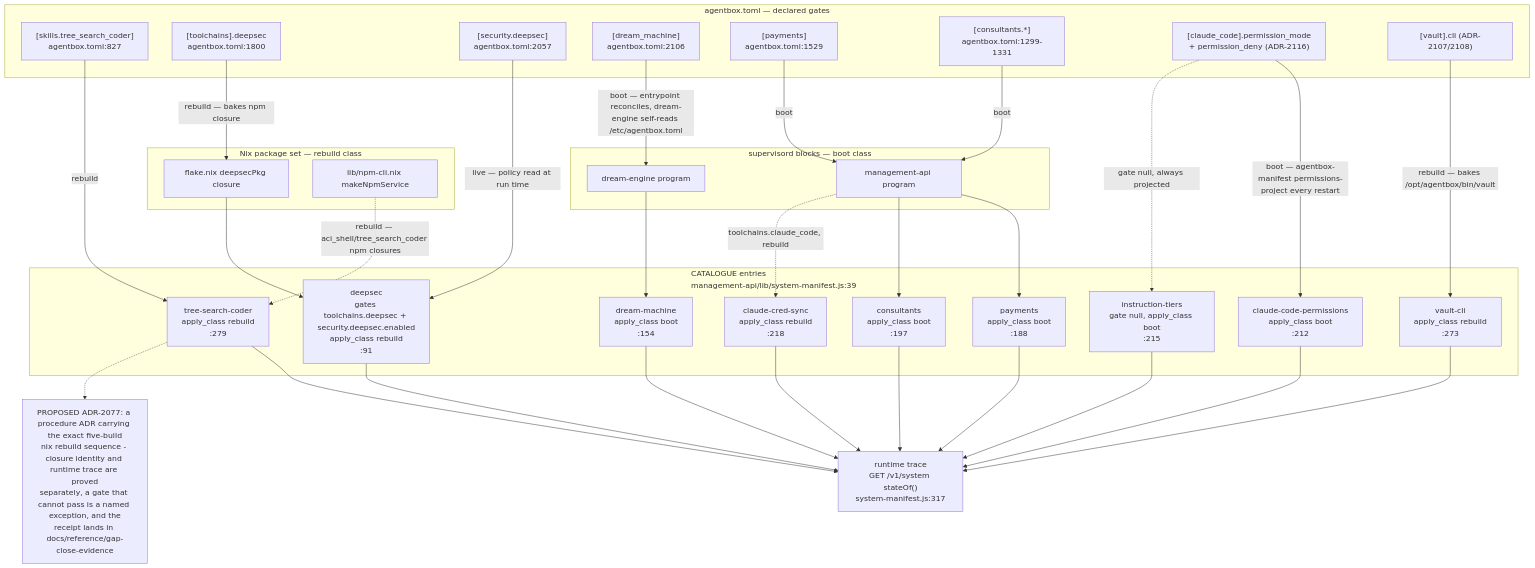
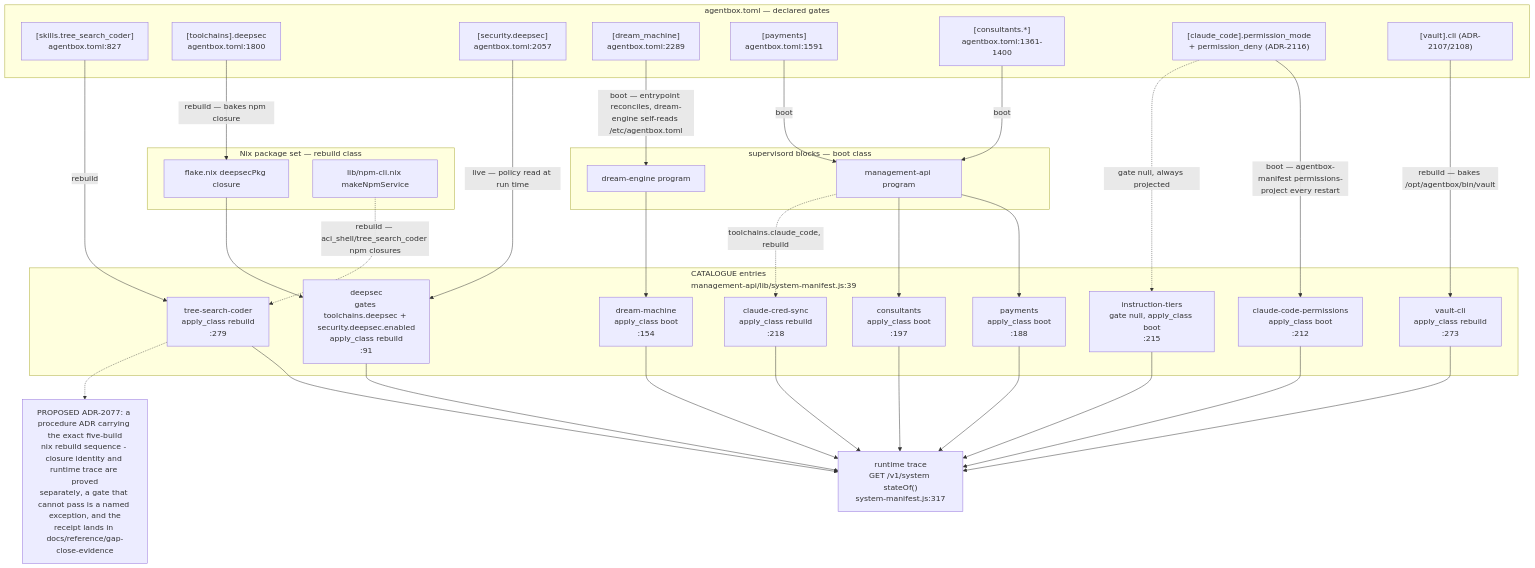
The first of 14 diagrams in docs/diagrams/agentbox/15-capability-gating-spend-consultants.md (DreamLab-AI/VisionFlow), drawn with Mermaid before and after one commit. The commit also changed other lines of this file and 111 other files, not shown here.

Commit message:
docs(diagrams): align estate maps with current source

````diff
--- a/docs/diagrams/agentbox/15-capability-gating-spend-consultants.md
+++ b/docs/diagrams/agentbox/15-capability-gating-spend-consultants.md
@@ -52,61 +52,61 @@
 ```mermaid
 flowchart TD
     subgraph M["agentbox.toml — declared gates"]
         M1["[skills.tree_search_coder]<br/>agentbox.toml:827"]
         M2["[toolchains].deepsec<br/>agentbox.toml:1800"]
         M3["[security.deepsec]<br/>agentbox.toml:2057"]
-        M4["[dream_machine]<br/>agentbox.toml:2106"]
-        M5["[payments]<br/>agentbox.toml:1529"]
-        M6["[consultants.*]<br/>agentbox.toml:1299-1331"]
+        M4["[dream_machine]<br/>agentbox.toml:2289"]
+        M5["[payments]<br/>agentbox.toml:1591"]
+        M6["[consultants.*]<br/>agentbox.toml:1361-1400"]
         M7["[claude_code].permission_mode<br/>+ permission_deny (ADR-2116)"]
         M8["[vault].cli (ADR-2107/2108)"]
     end
     subgraph N["Nix package set — rebuild class"]
         N1["flake.nix deepsecPkg closure"]
         N2["lib/npm-cli.nix makeNpmService"]
     end
     subgraph S["supervisord blocks — boot class"]
         S1["dream-engine program"]
         S2["management-api program"]
     end
     subgraph C["CATALOGUE entries<br/>management-api/lib/system-manifest.js:39"]
         C1["tree-search-coder<br/>apply_class rebuild<br/>:279"]
         C2["deepsec<br/>gates toolchains.deepsec + security.deepsec.enabled<br/>apply_class rebuild<br/>:91"]
         C3["dream-machine<br/>apply_class boot<br/>:154"]
         C4["payments<br/>apply_class boot<br/>:188"]
         C5["consultants<br/>apply_class boot<br/>:197"]
         C6["claude-code-permissions<br/>apply_class boot<br/>:212"]
         C7["instruction-tiers<br/>gate null, apply_class boot<br/>:215"]
         C8["claude-cred-sync<br/>apply_class rebuild<br/>:218"]
         C9["vault-cli<br/>apply_class rebuild<br/>:273"]
     end
     R["runtime trace<br/>GET /v1/system stateOf()<br/>system-manifest.js:317"]
 
     M1 -->|"rebuild"| C1
     M2 -->|"rebuild — bakes npm closure"| N1
     N1 --> C2
     M3 -->|"live — policy read at run time"| C2
     M4 -->|"boot — entrypoint reconciles, dream-engine self-reads /etc/agentbox.toml"| S1
     S1 --> C3
     M5 -->|"boot"| S2
     S2 --> C4
     M6 -->|"boot"| S2
     S2 --> C5
     M7 -->|"boot — agentbox-manifest permissions-project every restart"| C6
     M7 -.->|"gate null, always projected"| C7
     M8 -->|"rebuild — bakes /opt/agentbox/bin/vault"| C9
     S2 -.->|"toolchains.claude_code, rebuild"| C8
     C1 --> R
     C2 --> R
     C3 --> R
     C4 --> R
     C5 --> R
     C6 --> R
     C7 --> R
     C8 --> R
     C9 --> R
     N2 -.->|"rebuild — aci_shell/tree_search_coder npm closures"| C1
 
     note1["PROPOSED ADR-2077: a procedure ADR carrying the exact five-build<br/>nix rebuild sequence - closure identity and runtime trace are proved<br/>separately, a gate that cannot pass is a named exception, and the<br/>receipt lands in docs/reference/gap-close-evidence"]
     C1 -.-> note1
 ```
````
